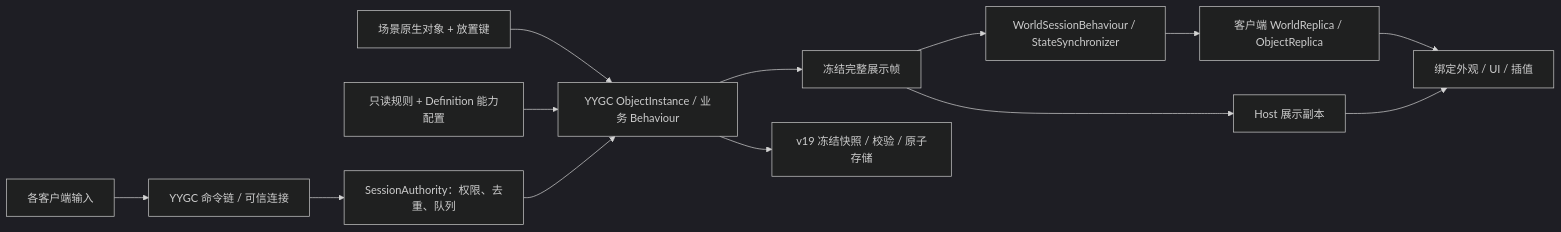
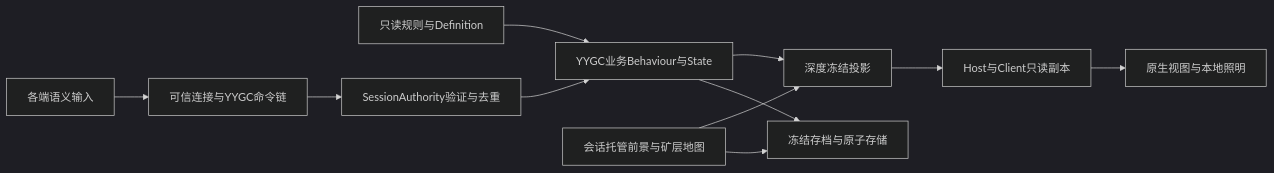
The diagram in docs/ARCHITECTURE.md (surgame/dark-night-unity), drawn with Mermaid (dark theme) before and after one commit. The commit also changed other lines of this file and 49 other files, not shown here.

````diff
--- a/docs/ARCHITECTURE.md
+++ b/docs/ARCHITECTURE.md
@@ -35,15 +22,13 @@
 ```mermaid
 flowchart LR
-    Scene["场景原生对象 + 放置键"] --> Objects["YYGC ObjectInstance / 业务 Behaviour"]
-    Config["只读规则 + Definition 能力配置"] --> Objects
-    Input["各客户端输入"] --> Gate["YYGC 命令链 / 可信连接"]
-    Gate --> Authority["SessionAuthority：权限、去重、队列"]
+    Config[只读规则与Definition] --> Objects[YYGC业务Behaviour与State]
+    Input[各端语义输入] --> Gate[可信连接与YYGC命令链]
+    Gate --> Authority[SessionAuthority验证与去重]
     Authority --> Objects
-    Objects --> Projection["冻结完整展示帧"]
-    Projection --> Network["WorldSessionBehaviour / StateSynchronizer"]
-    Network --> Replica["客户端 WorldReplica / ObjectReplica"]
-    Projection --> Host["Host 展示副本"]
-    Replica --> View["绑定外观 / UI / 插值"]
-    Host --> View
-    Objects --> Save["v19 冻结快照 / 校验 / 原子存储"]
+    Terrain[会话托管前景与矿层地图] --> Projection[深度冻结投影]
+    Objects --> Projection
+    Projection --> Replica[Host与Client只读副本]
+    Replica --> View[原生视图与本地照明]
+    Objects --> Save[冻结存档与原子存储]
+    Terrain --> Save
 ```
````
